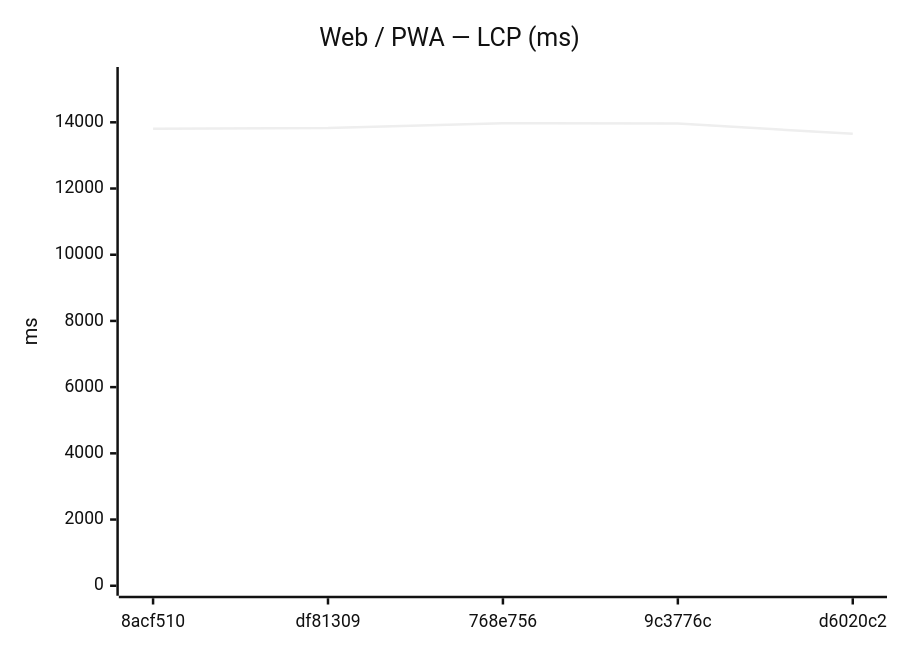
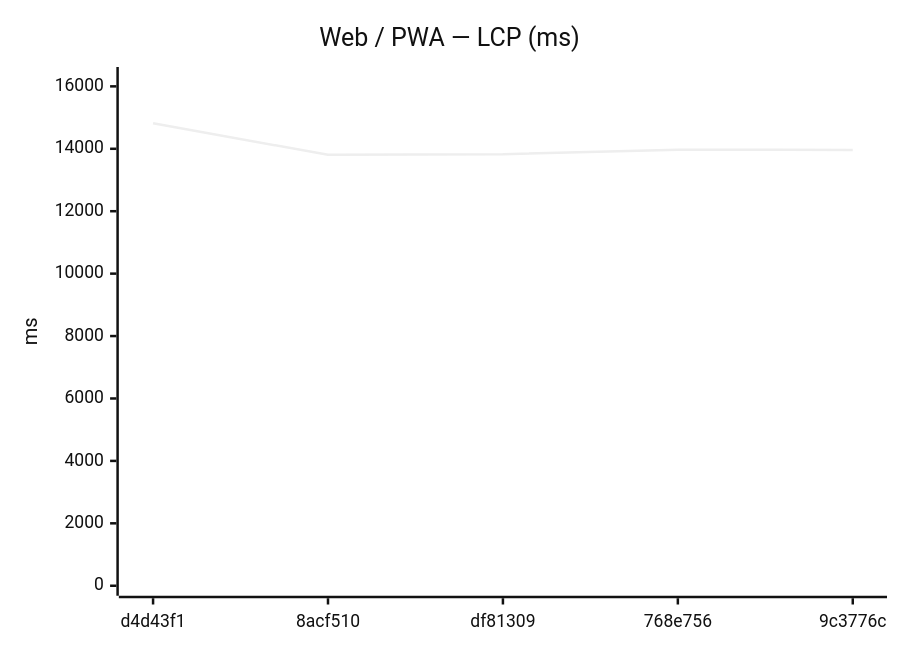
The seventh of 18 diagrams in benchmarks/compare.md (Metaheurist/Rianell), drawn with Mermaid (neutral theme) before and after one commit. The commit also changed other lines of this file and 11 other files, not shown here.

````diff
--- a/benchmarks/compare.md
+++ b/benchmarks/compare.md
@@ -117,7 +117,7 @@
 ```mermaid
 xychart-beta
     title "Web / PWA — LCP (ms)"
-    x-axis ["8acf510", "df81309", "768e756", "9c3776c", "d6020c2"]
-    y-axis "ms" 0 --> 15369
-    line [13807, 13825, 13971, 13962, 13654]
+    x-axis ["d4d43f1", "8acf510", "df81309", "768e756", "9c3776c"]
+    y-axis "ms" 0 --> 16300
+    line [14818, 13807, 13825, 13971, 13962]
 ```
````
